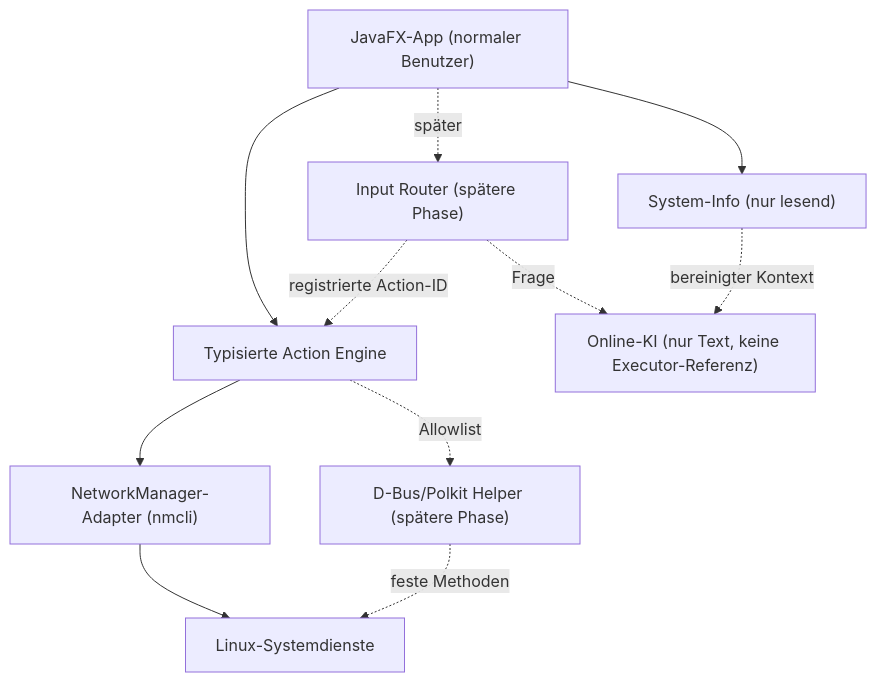
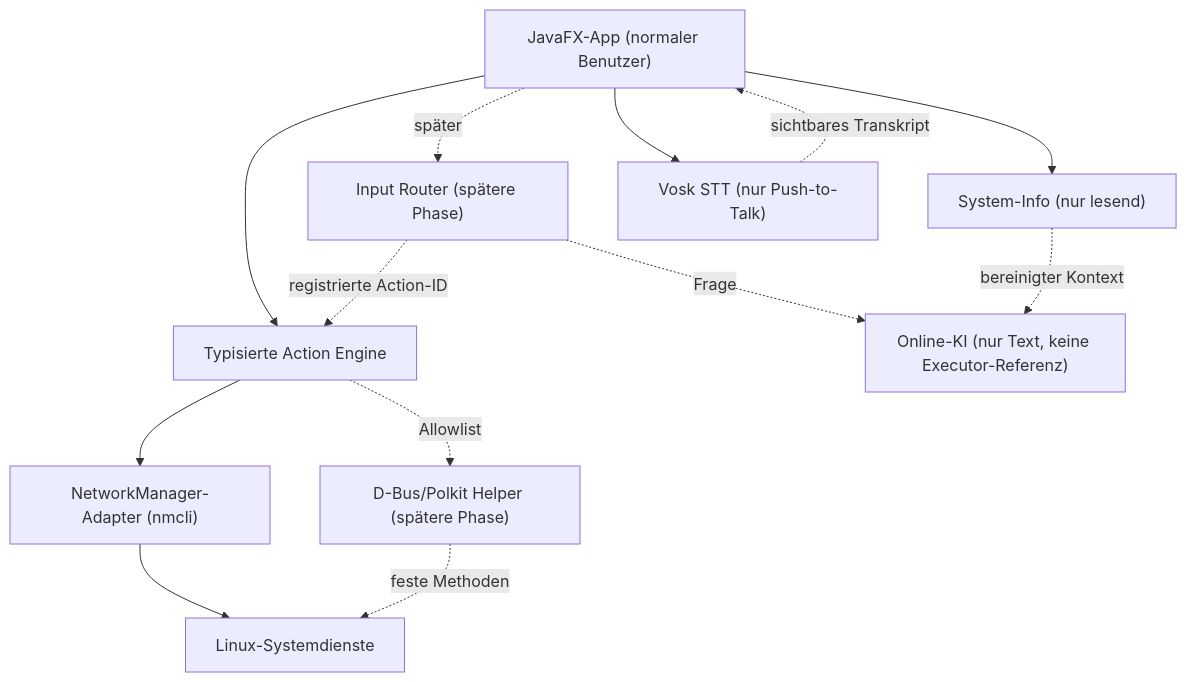
Before and after one commit to rimi1993elsa-cloud/CACHYOSDING: the diagram in docs/architecture.md, drawn with Mermaid. The commit also changed other lines of this file and 28 other files, not shown here.

Commit message:
feat: add vosk push-to-talk speech input

````diff
--- a/docs/architecture.md
+++ b/docs/architecture.md
@@ -9,22 +10,25 @@
 ```mermaid
 flowchart TB
     UI["JavaFX-App (normaler Benutzer)"]
     INFO["System-Info (nur lesend)"]
     ROUTER["Input Router (spätere Phase)"]
+    STT["Vosk STT (nur Push-to-Talk)"]
     ACTION["Typisierte Action Engine"]
     NETWORK["NetworkManager-Adapter (nmcli)"]
     HELPER["D-Bus/Polkit Helper (spätere Phase)"]
     AI["Online-KI (nur Text, keine Executor-Referenz)"]
     OS["Linux-Systemdienste"]
 
     UI --> INFO
+    UI --> STT
+    STT -. sichtbares Transkript .-> UI
     UI --> ACTION
     ACTION --> NETWORK
     NETWORK --> OS
     UI -. später .-> ROUTER
     ROUTER -. registrierte Action-ID .-> ACTION
     ROUTER -. Frage .-> AI
     ACTION -. Allowlist .-> HELPER
     HELPER -. feste Methoden .-> OS
     INFO -. bereinigter Kontext .-> AI
 ```
````
